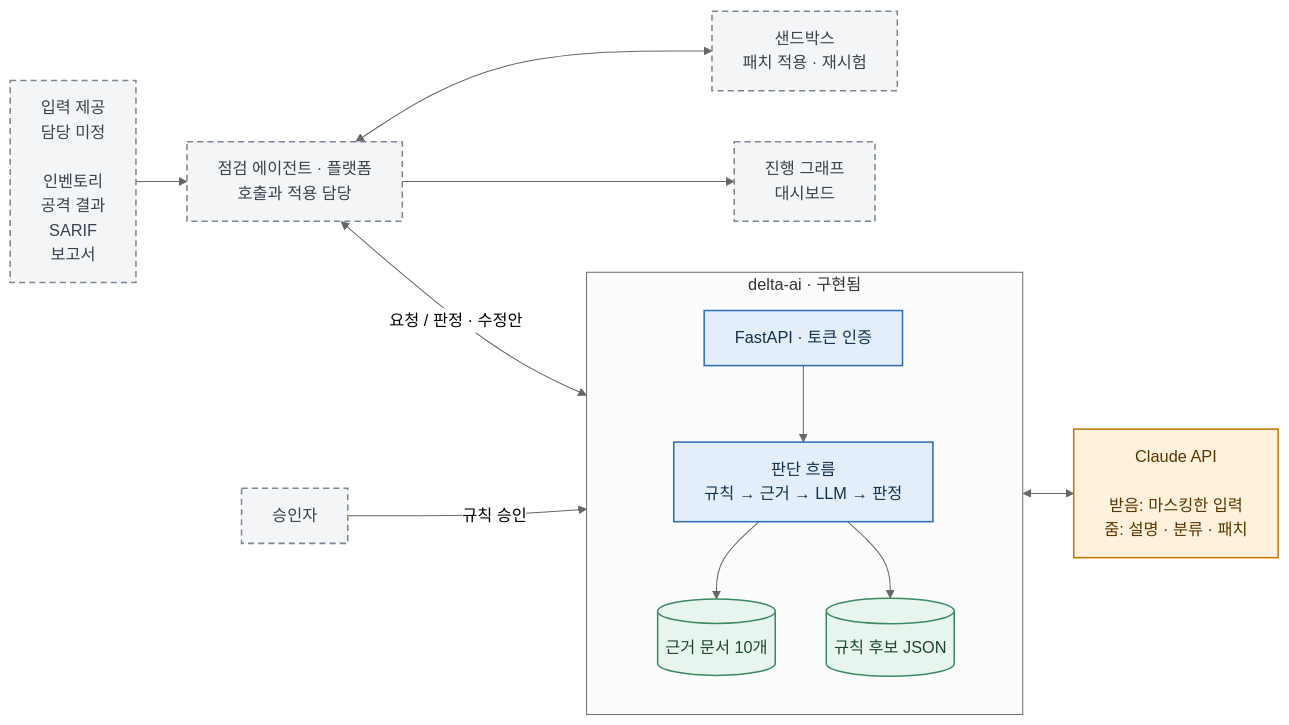
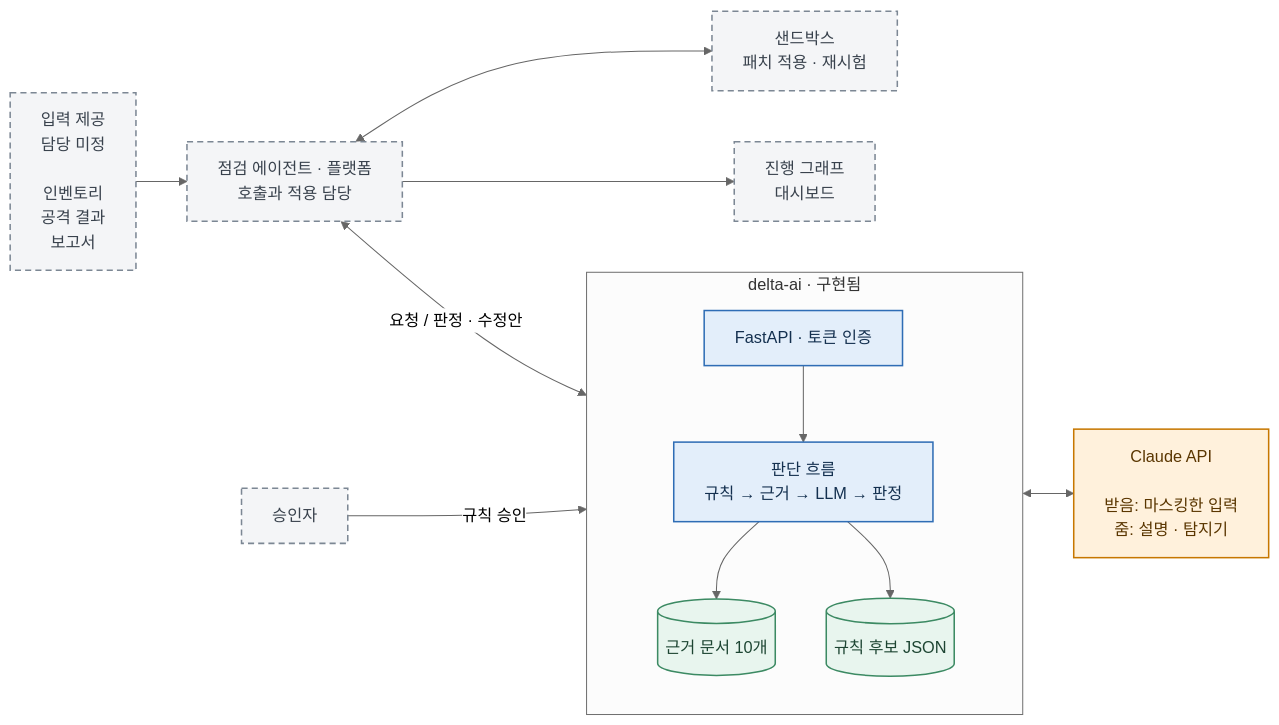
One commit to 2026-sbh-delta/delta-network-gateway changed the first of 7 diagrams in services/delta-ai/docs/architecture.md. Above: the diagram before and after it, drawn with Mermaid (neutral theme). The commit also changed other lines of this file and 38 other files, not shown here.

````diff
--- a/services/delta-ai/docs/architecture.md
+++ b/services/delta-ai/docs/architecture.md
@@ -19,35 +21,35 @@
 ```mermaid
 flowchart LR
-  inputs["입력 제공<br/>담당 미정<br/><br/>인벤토리<br/>공격 결과<br/>SARIF<br/>보고서"]:::planned
+  inputs["입력 제공<br/>담당 미정<br/><br/>인벤토리<br/>공격 결과<br/>보고서"]:::planned
   agent["점검 에이전트 · 플랫폼<br/>호출과 적용 담당"]:::planned
   sandbox["샌드박스<br/>패치 적용 · 재시험"]:::planned
   ui["진행 그래프<br/>대시보드"]:::planned
   human["승인자"]:::planned
 
   subgraph delta["delta-ai · 구현됨"]
     direction TB
     api["FastAPI · 토큰 인증"]:::built
     core["판단 흐름<br/>규칙 → 근거 → LLM → 판정"]:::built
     docs[("근거 문서 10개")]:::store
     store[("규칙 후보 JSON")]:::store
     api --> core
     core --> docs
     core --> store
   end
-  llm["Claude API<br/><br/>받음: 마스킹한 입력<br/>줌: 설명 · 분류 · 패치"]:::ext
+  llm["Claude API<br/><br/>받음: 마스킹한 입력<br/>줌: 설명 · 탐지기"]:::ext
 
   inputs --> agent
   agent <-- "요청 / 판정 · 수정안" --> delta
   delta <--> llm
   agent <--> sandbox
   agent --> ui
   human -- "규칙 승인" --> delta
 
   classDef built fill:#E3EEFA,stroke:#2F6DB5,stroke-width:1.5px,color:#14304F
   classDef planned fill:#F4F5F7,stroke:#7C8794,stroke-width:1.5px,stroke-dasharray:6 4,color:#39424D
   classDef ext fill:#FFF1DC,stroke:#C77700,stroke-width:1.5px,color:#5A3600
   classDef store fill:#E8F5EE,stroke:#3C8A63,stroke-width:1.5px,color:#1D4532
   classDef ok fill:#DDF3E5,stroke:#1F8A4C,stroke-width:2px,color:#114A2A
   classDef warn fill:#FCEFC9,stroke:#B57F00,stroke-width:2px,color:#5A3F00
   classDef bad fill:#FBE1DF,stroke:#BF3B36,stroke-width:2px,color:#6C1E1A
 ```
````
